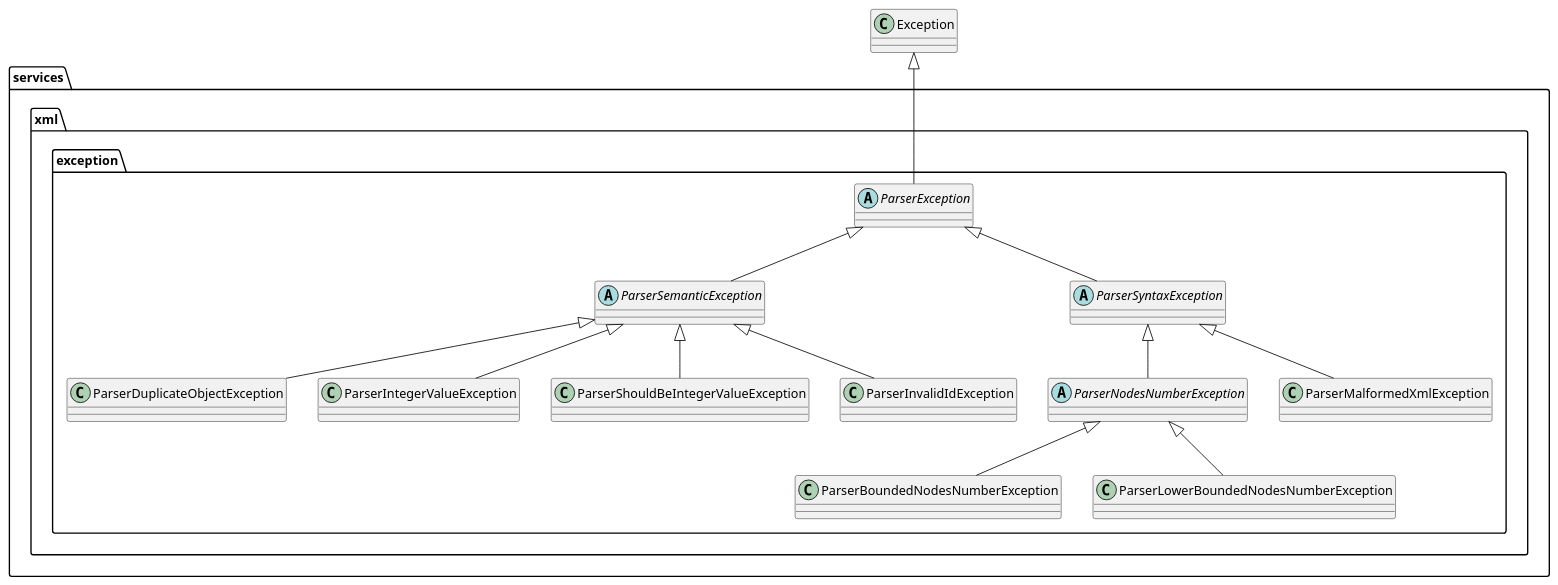
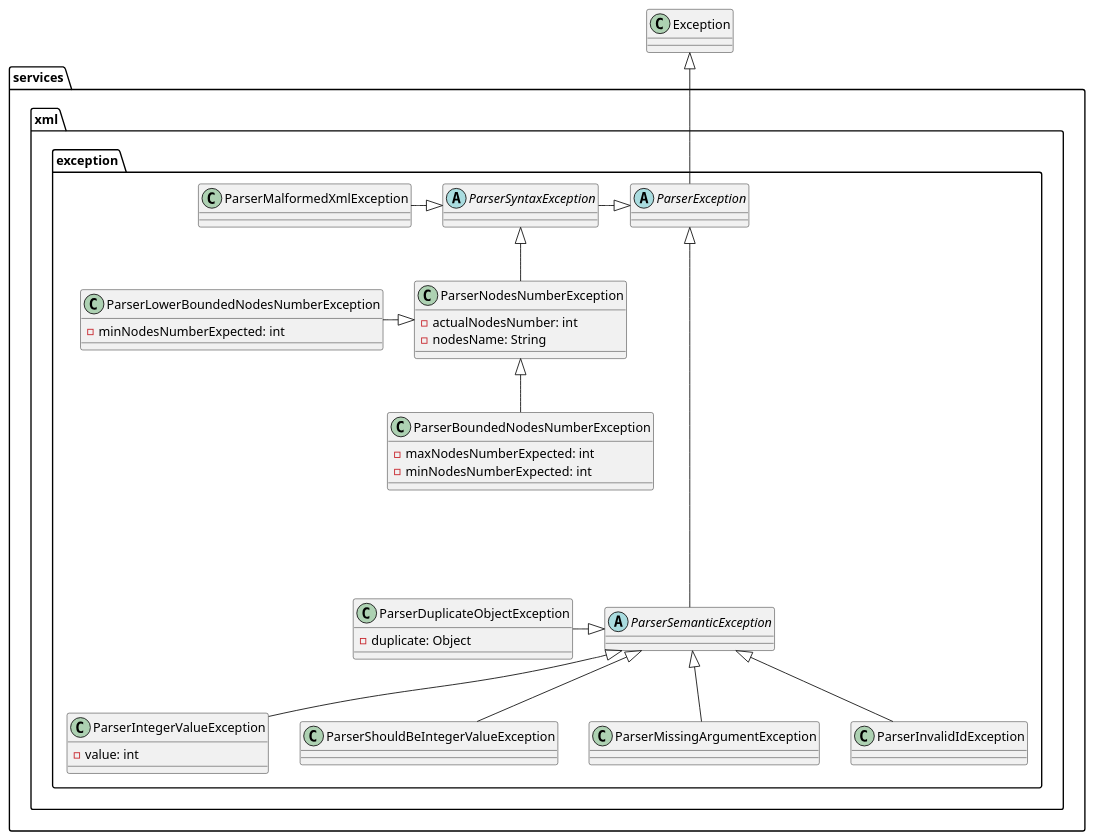
Before and after one commit to if-h4102/pld-agile: the diagram in docs/uml/package.services.xml.exception.puml, drawn with PlantUML. The commit also changed 16 other files, not shown here.

```diff
--- a/docs/uml/package.services.xml.exception.puml
+++ b/docs/uml/package.services.xml.exception.puml
@@ -1,37 +1,64 @@
 class Exception
 package services.xml.exception {
 
     abstract class ParserException
     abstract class ParserSemanticException
     abstract class ParserSyntaxException
     
     abstract class ParserSemanticException
     class ParserDuplicateObjectException
     class ParserIntegerValueException
     class ParserShouldBeIntegerValueException
+    class ParserMissingArgumentException
     
     abstract class ParserSyntaxException
     abstract class ParserNodesNumberException
     class ParserInvalidIdException
     class ParserMalformedXmlException
     
     abstract class ParserNodesNumberException
     class ParserBoundedNodesNumberException
     class ParserLowerBoundedNodesNumberException
     
+    
     Exception <|-- ParserException
     
-    ParserException <|-- ParserSyntaxException
-    ParserException <|-- ParserSemanticException
+    ParserException <|-l- ParserSyntaxException
+    ParserException <|----- ParserSemanticException
     
-    ParserSemanticException <|-- ParserDuplicateObjectException
+    ParserSemanticException <|-l- ParserDuplicateObjectException
     ParserSemanticException <|-- ParserIntegerValueException
     ParserSemanticException <|-- ParserShouldBeIntegerValueException
     ParserSemanticException <|-- ParserInvalidIdException
+    ParserSemanticException <|-- ParserMissingArgumentException
     
     ParserSyntaxException <|-- ParserNodesNumberException
-    ParserSyntaxException <|-- ParserMalformedXmlException
+    ParserSyntaxException <|-l- ParserMalformedXmlException
     
     ParserNodesNumberException <|-- ParserBoundedNodesNumberException
-    ParserNodesNumberException <|-- ParserLowerBoundedNodesNumberException
+    ParserNodesNumberException <|-l- ParserLowerBoundedNodesNumberException
+    
+    
+    class ParserDuplicateObjectException {
+        -duplicate: Object
+    }
+    
+    class ParserIntegerValueException {
+        -value: int
+    }
+    
+    class ParserNodesNumberException {
+        -actualNodesNumber: int
+        -nodesName: String
+    }
+    
+    class ParserBoundedNodesNumberException {
+        -maxNodesNumberExpected: int
+        -minNodesNumberExpected: int
+    }
+    
+    class ParserLowerBoundedNodesNumberException {
+        -minNodesNumberExpected: int
+    }
+    
 }
```
